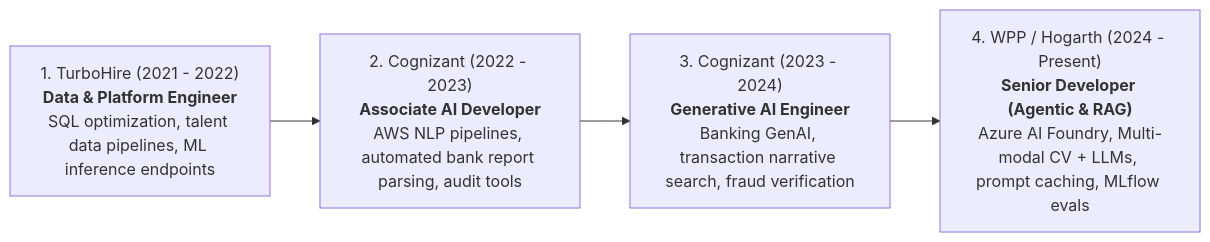
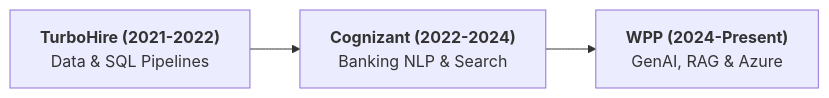
One commit to rahulkumarjha26/genai-study-materials changed the diagram in EXPERIENCE_AND_BACKGROUND.md. Above: the diagram before and after it, drawn with Mermaid. The commit also changed other lines of this file, not shown here.

````diff
--- a/EXPERIENCE_AND_BACKGROUND.md
+++ b/EXPERIENCE_AND_BACKGROUND.md
@@ -19,7 +41,5 @@
 ```mermaid
 flowchart LR
-    TH["1. TurboHire (2021 - 2022)<br/><b>Data & Platform Engineer</b><br/>SQL optimization, talent data pipelines, ML inference endpoints"]
-    --> COG1["2. Cognizant (2022 - 2023)<br/><b>Associate AI Developer</b><br/>AWS NLP pipelines, automated bank report parsing, audit tools"]
-    --> COG2["3. Cognizant (2023 - 2024)<br/><b>Generative AI Engineer</b><br/>Banking GenAI, transaction narrative search, fraud verification"]
-    --> WPP["4. WPP / Hogarth (2024 - Present)<br/><b>Senior Developer (Agentic & RAG)</b><br/>Azure AI Foundry, Multi-modal CV + LLMs, prompt caching, MLflow evals"]
+    A["<b>TurboHire (2021-2022)</b><br/>Data & SQL Pipelines"] --> B["<b>Cognizant (2022-2024)</b><br/>Banking NLP & Search"]
+    B --> C["<b>WPP (2024-Present)</b><br/>GenAI, RAG & Azure"]
 ```
````
